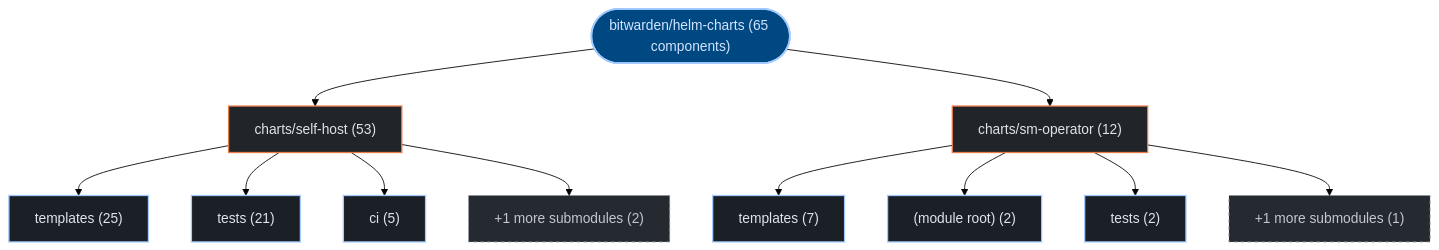
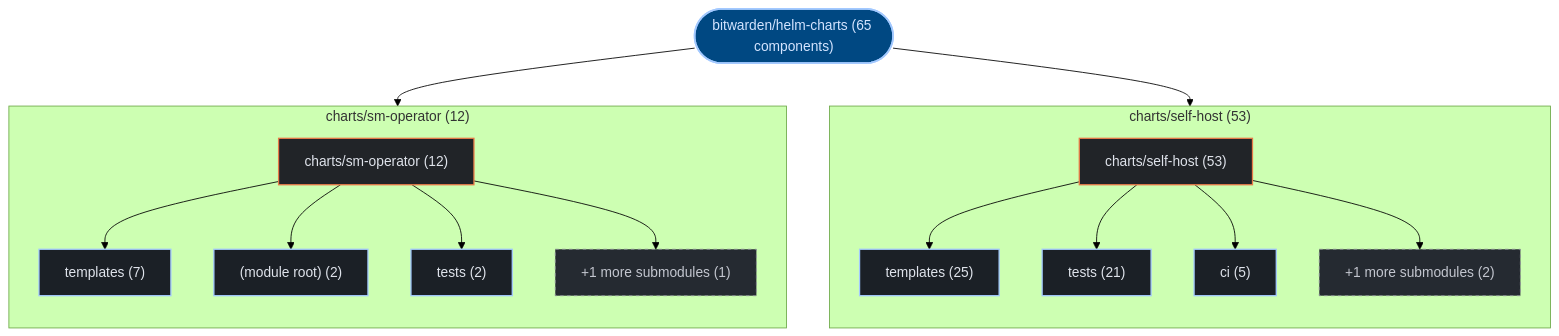
One commit to kumarshaz/atruss-code-atlas changed the first of 3 diagrams in exports/latest/reports/bitwarden-helm-charts-report.md. Above: the diagram before and after it, drawn with Mermaid (forest theme). The commit also changed 178 other files, not shown here.

Commit message:
feat(ui,mermaid): upgrade to mermaid v12 + ELK layout, add orgs-summary + pagination, subgraph building blocks, fix tab alignment

````diff
--- a/exports/latest/reports/bitwarden-helm-charts-report.md
+++ b/exports/latest/reports/bitwarden-helm-charts-report.md
@@ -42,31 +42,37 @@
 ```mermaid
 graph TD;
   classDef atlasRoot fill:#004882,stroke:#a3c9ff,stroke-width:2px,color:#d3e4ff
   classDef atlasCategory fill:#212428,stroke:#E87A48,stroke-width:1.5px,color:#dfe3eb
   classDef atlasWorkflow fill:#1b2026,stroke:#a3c9ff,stroke-width:1.5px,color:#dfe3eb
   classDef atlasJob fill:#171c22,stroke:#8d9199,stroke-width:1px,color:#dfe3eb
   classDef atlasTarget fill:#005227,stroke:#8bd99b,stroke-width:1.5px,color:#a7f6b6
   classDef atlasAlert fill:#93000a,stroke:#ffb4ab,stroke-width:1.5px,color:#ffdad6
   classDef atlasMore fill:#252a31,stroke:#8d9199,stroke-dasharray:4 4,color:#c3c6cf
     repo_root(["bitwarden/helm-charts (65 components)"]):::atlasRoot
-    dir_0_charts_self_host["charts/self-host (53)"]:::atlasCategory
+    subgraph sg_dir_0_charts_self_host["charts/self-host (53)"]
+      direction TB
+      dir_0_charts_self_host["charts/self-host (53)"]:::atlasCategory
+      sub_0_0_templates["templates (25)"]:::atlasWorkflow
+      dir_0_charts_self_host --> sub_0_0_templates
+      sub_0_1_tests["tests (21)"]:::atlasWorkflow
+      dir_0_charts_self_host --> sub_0_1_tests
+      sub_0_2_ci["ci (5)"]:::atlasWorkflow
+      dir_0_charts_self_host --> sub_0_2_ci
+      sub_0_more["+1 more submodules (2)"]:::atlasMore
+      dir_0_charts_self_host --> sub_0_more
+    end
     repo_root --> dir_0_charts_self_host
-    sub_0_0_templates["templates (25)"]:::atlasWorkflow
-    dir_0_charts_self_host --> sub_0_0_templates
-    sub_0_1_tests["tests (21)"]:::atlasWorkflow
-    dir_0_charts_self_host --> sub_0_1_tests
-    sub_0_2_ci["ci (5)"]:::atlasWorkflow
-    dir_0_charts_self_host --> sub_0_2_ci
-    sub_0_more["+1 more submodules (2)"]:::atlasMore
-    dir_0_charts_self_host --> sub_0_more
-    dir_1_charts_sm_operator["charts/sm-operator (12)"]:::atlasCategory
+    subgraph sg_dir_1_charts_sm_operator["charts/sm-operator (12)"]
+      direction TB
+      dir_1_charts_sm_operator["charts/sm-operator (12)"]:::atlasCategory
+      sub_1_0_templates["templates (7)"]:::atlasWorkflow
+      dir_1_charts_sm_operator --> sub_1_0_templates
+      sub_1_1__module_root_["(module root) (2)"]:::atlasWorkflow
+      dir_1_charts_sm_operator --> sub_1_1__module_root_
+      sub_1_2_tests["tests (2)"]:::atlasWorkflow
+      dir_1_charts_sm_operator --> sub_1_2_tests
+      sub_1_more["+1 more submodules (1)"]:::atlasMore
+      dir_1_charts_sm_operator --> sub_1_more
+    end
     repo_root --> dir_1_charts_sm_operator
-    sub_1_0_templates["templates (7)"]:::atlasWorkflow
-    dir_1_charts_sm_operator --> sub_1_0_templates
-    sub_1_1__module_root_["(module root) (2)"]:::atlasWorkflow
-    dir_1_charts_sm_operator --> sub_1_1__module_root_
-    sub_1_2_tests["tests (2)"]:::atlasWorkflow
-    dir_1_charts_sm_operator --> sub_1_2_tests
-    sub_1_more["+1 more submodules (1)"]:::atlasMore
-    dir_1_charts_sm_operator --> sub_1_more
 ```
````
